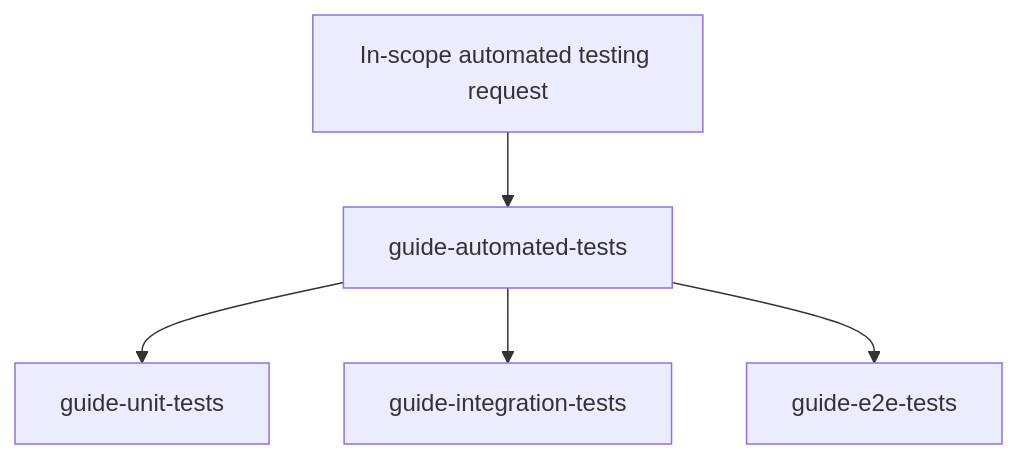
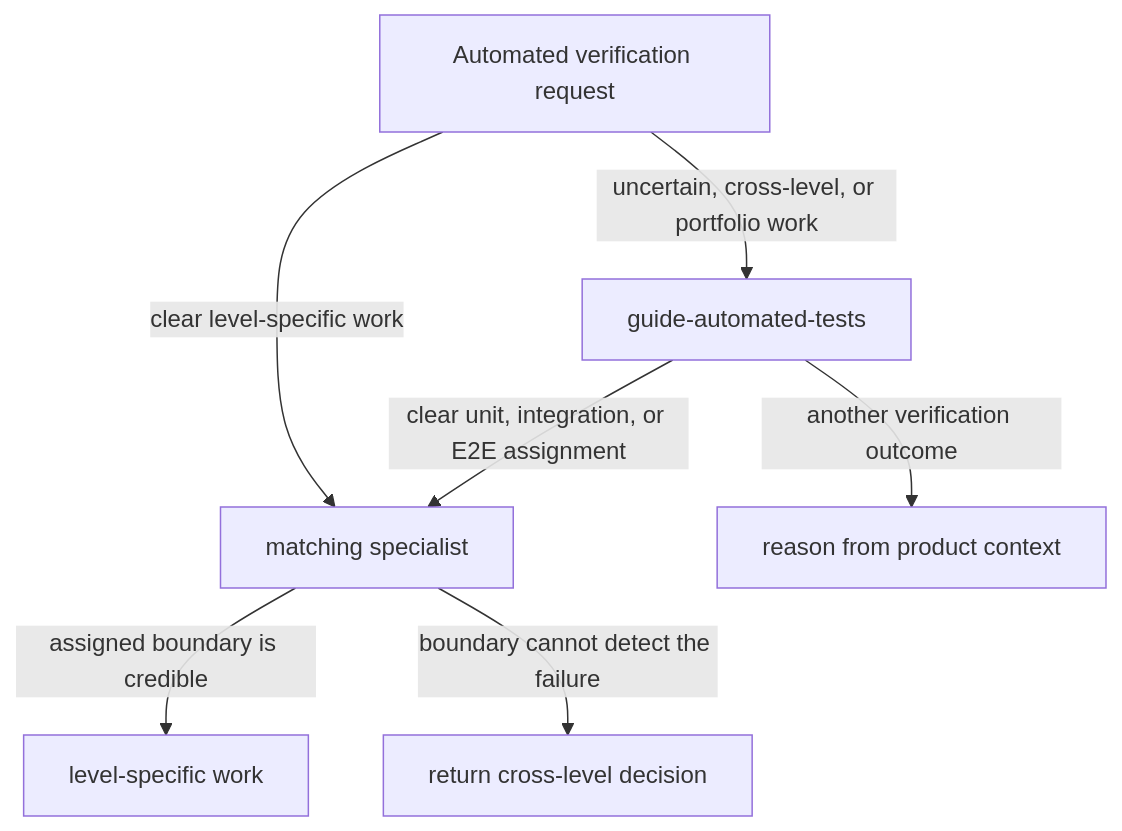
The diagram in dev/guide-automated-tests/maintenance/architecture.md (zawa-kyo/skills), drawn with Mermaid before and after one commit. The commit also changed other lines of this file and 30 other files, not shown here.

Commit message:
refactor: Decouple test strategy from level-specific skills

````diff
--- a/dev/guide-automated-tests/maintenance/architecture.md
+++ b/dev/guide-automated-tests/maintenance/architecture.md
@@ -32,7 +32,10 @@
 ```mermaid
 flowchart TD
-    request[In-scope automated testing request] --> automated[guide-automated-tests]
-    automated --> unit[guide-unit-tests]
-    automated --> integration[guide-integration-tests]
-    automated --> e2e[guide-e2e-tests]
+    request[Automated verification request]
+    request -->|uncertain, cross-level, or portfolio work| automated[guide-automated-tests]
+    request -->|clear level-specific work| specialist[matching specialist]
+    automated -->|clear unit, integration, or E2E assignment| specialist
+    automated -->|another verification outcome| direct[reason from product context]
+    specialist -->|assigned boundary is credible| work[level-specific work]
+    specialist -->|boundary cannot detect the failure| reconsider[return cross-level decision]
 ```
````
